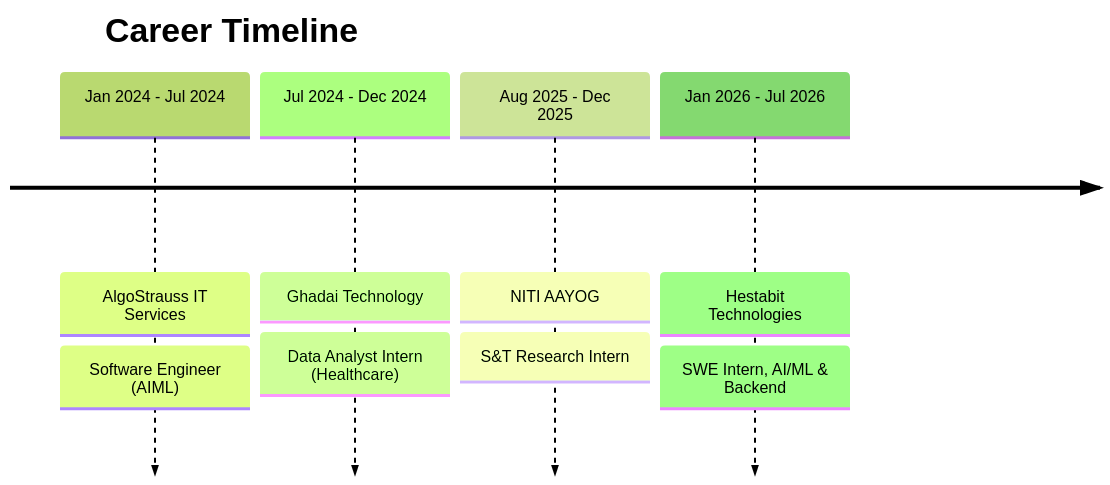
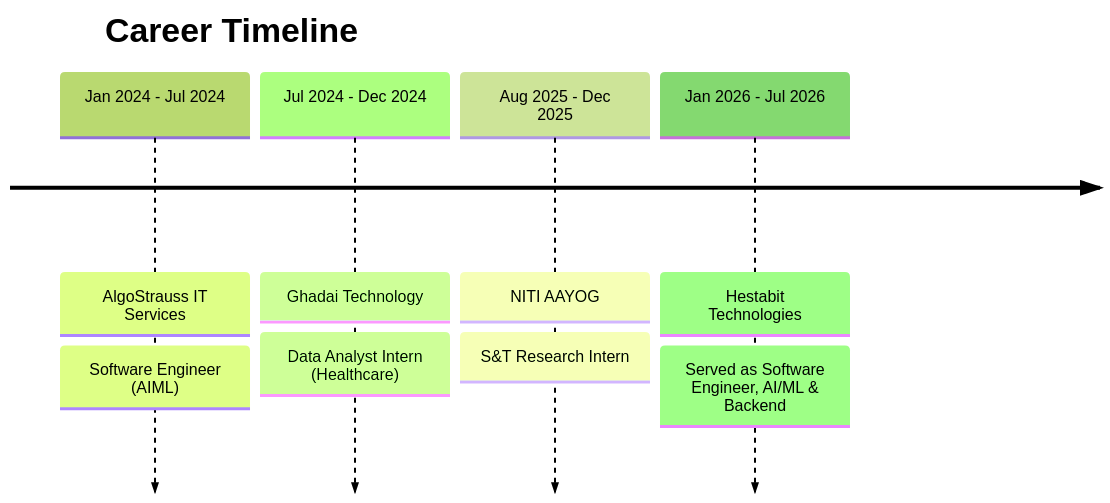
One commit to Prateeksingh84/Prateeksingh84 changed the diagram in README.md. Above: the diagram before and after it, drawn with Mermaid (forest theme). The commit also changed other lines of this file, not shown here.

Commit message:
docs: update role to Served as Software Engineer at Hestabit Technologies and add Eve DiagnoSync and WeatherGuard to featured projects

````diff
--- a/README.md
+++ b/README.md
@@ -144,12 +144,12 @@
 ```mermaid
 timeline
     title Career Timeline
     Jan 2024 - Jul 2024  : AlgoStrauss IT Services
                           : Software Engineer (AIML)
     Jul 2024 - Dec 2024  : Ghadai Technology
                           : Data Analyst Intern (Healthcare)
     Aug 2025 - Dec 2025  : NITI AAYOG
                           : S&T Research Intern
     Jan 2026 - Jul 2026  : Hestabit Technologies
-                          : SWE Intern, AI/ML & Backend
+                          : Served as Software Engineer, AI/ML & Backend
 ```
````
